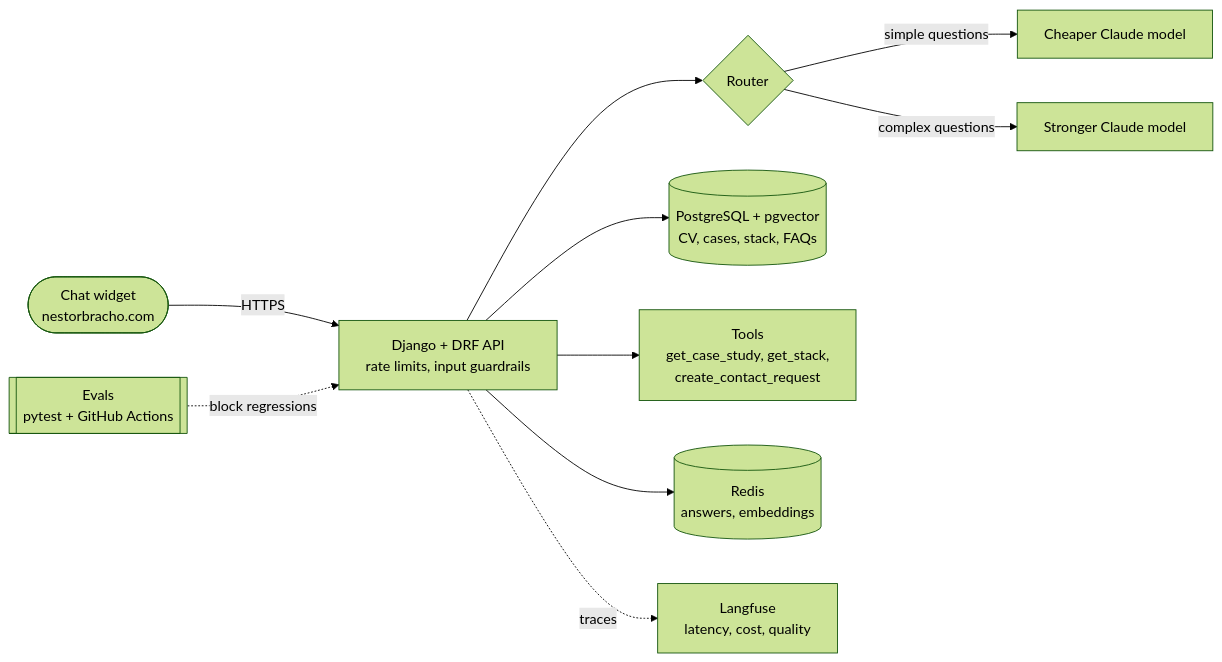
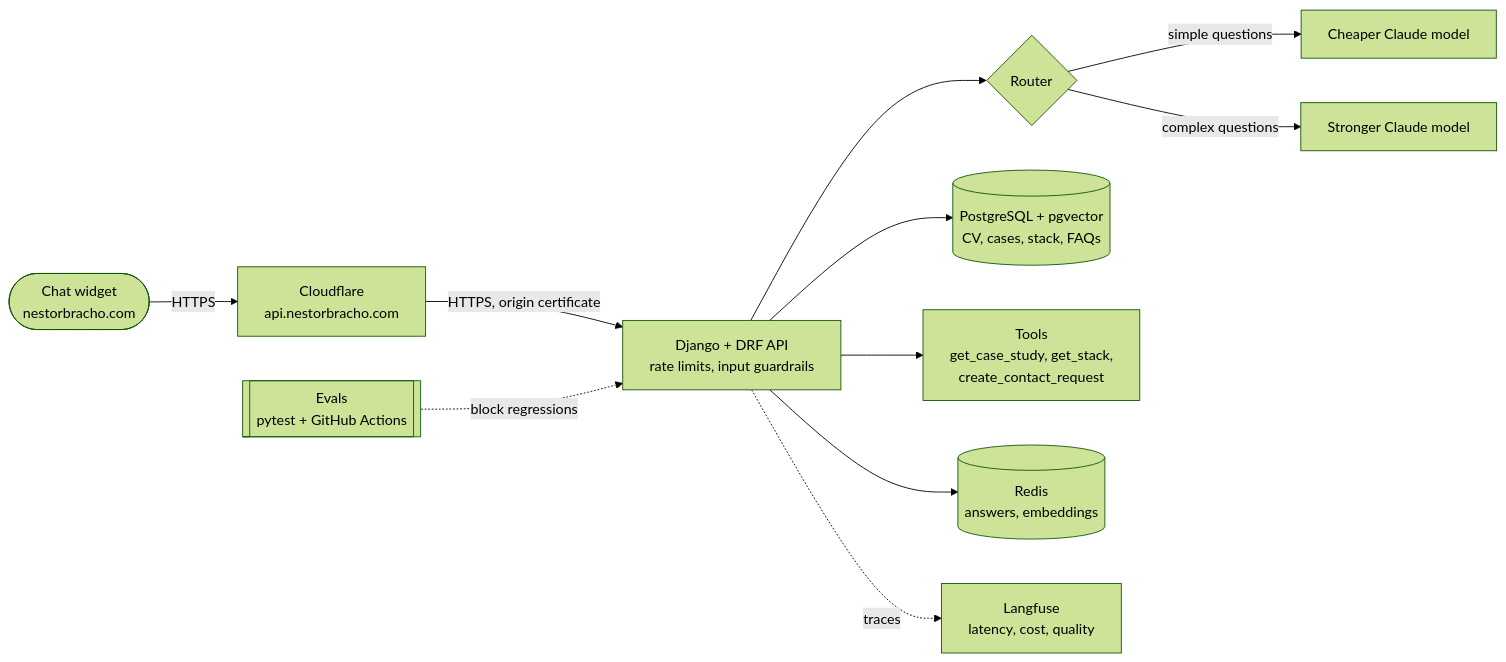
One commit to NestorBracho/portfolio-assistant changed the diagram in README.md. Above: the diagram before and after it, drawn with Mermaid (forest theme). The commit also changed other lines of this file and 4 other files, not shown here.

First line of the commit message:
Put the API behind Cloudflare on a subdomain

````diff
--- a/README.md
+++ b/README.md
@@ -47,12 +48,13 @@
 ```mermaid
 flowchart LR
-    widget(["Chat widget<br/>nestorbracho.com"]) -->|"HTTPS"| api["Django + DRF API<br/>rate limits, input guardrails"]
+    widget(["Chat widget<br/>nestorbracho.com"]) -->|"HTTPS"| cloudflare["Cloudflare<br/>api.nestorbracho.com"]
+    cloudflare -->|"HTTPS, origin certificate"| api["Django + DRF API<br/>rate limits, input guardrails"]
     api --> router{"Router"}
     router -->|"simple questions"| cheap["Cheaper Claude model"]
     router -->|"complex questions"| strong["Stronger Claude model"]
     api --> rag[("PostgreSQL + pgvector<br/>CV, cases, stack, FAQs")]
     api --> tools["Tools<br/>get_case_study, get_stack,<br/>create_contact_request"]
     api --> cache[("Redis<br/>answers, embeddings")]
     api -.->|"traces"| langfuse["Langfuse<br/>latency, cost, quality"]
     evals[["Evals<br/>pytest + GitHub Actions"]] -.->|"block regressions"| api
 ```
````
